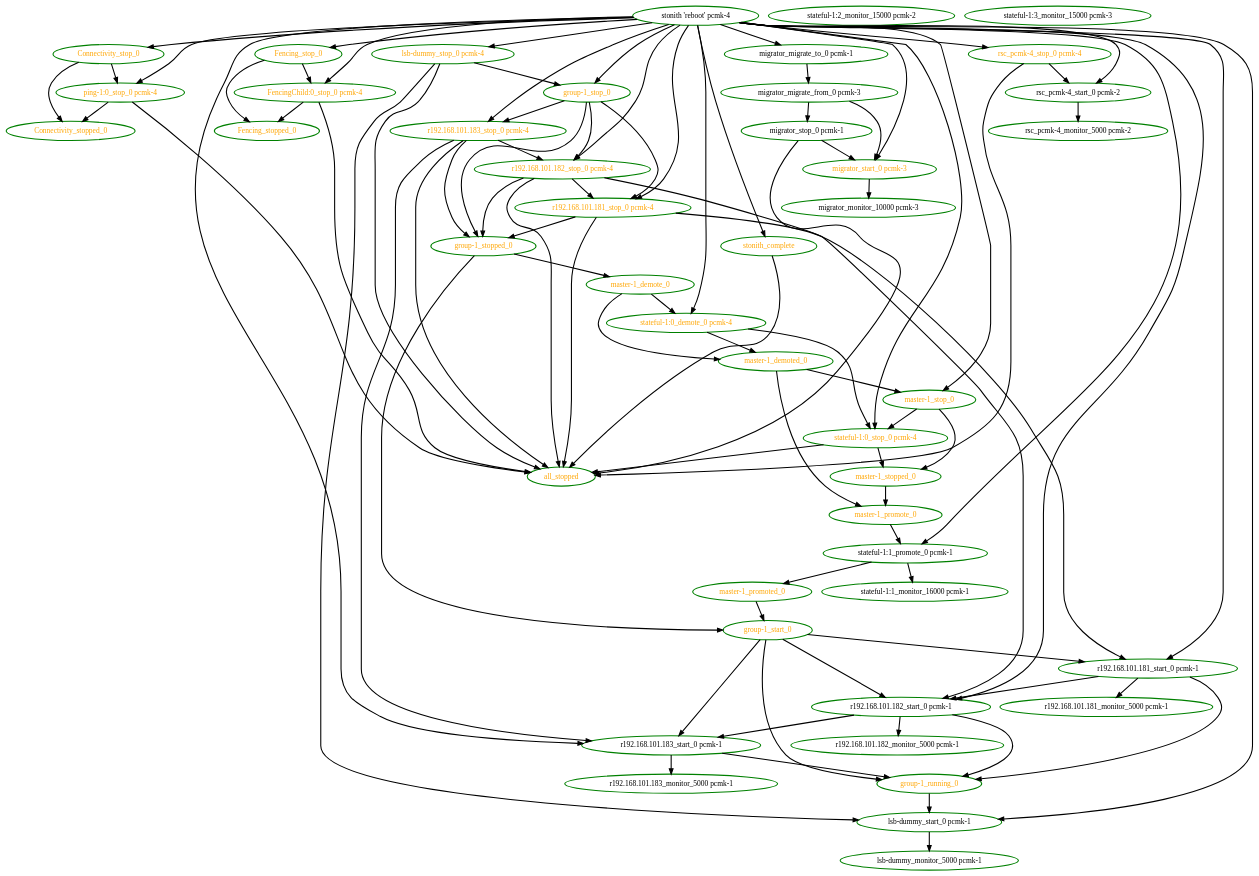
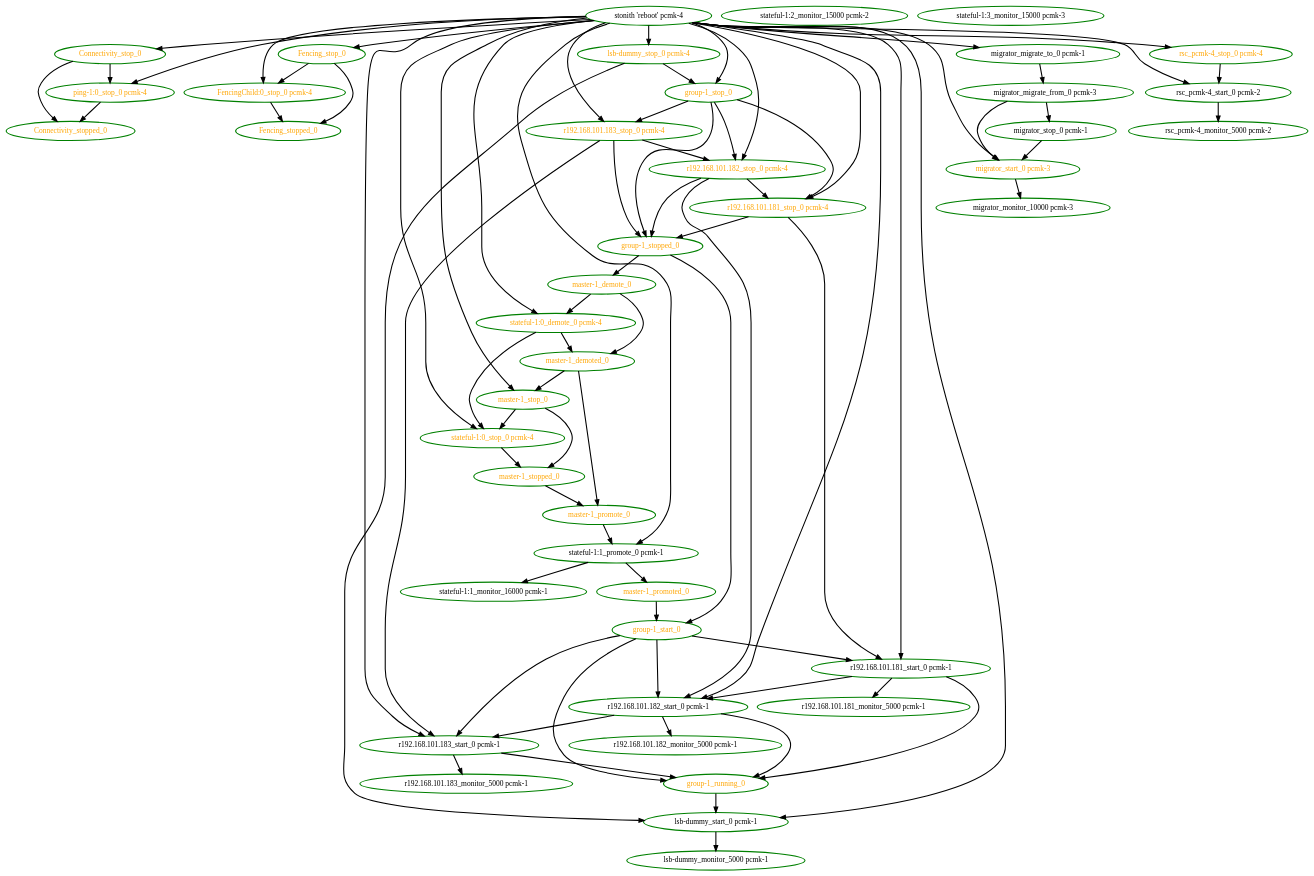
The diagram in pengine/test10/migrate-fencing.dot (ClusterLabs/pacemaker), drawn with Graphviz before and after one commit. The commit also changed 1421 other files, not shown here.

Commit message:
Test: scheduler: update tests for all_stopped/stonith_complete removal

```diff
--- a/pengine/test10/migrate-fencing.dot
+++ b/pengine/test10/migrate-fencing.dot
@@ -1,136 +1,123 @@
 digraph "g" {
 "Connectivity_stop_0" -> "Connectivity_stopped_0" [ style = bold]
 "Connectivity_stop_0" -> "ping-1:0_stop_0 pcmk-4" [ style = bold]
 "Connectivity_stop_0" [ style=bold color="green" fontcolor="orange" ]
 "Connectivity_stopped_0" [ style=bold color="green" fontcolor="orange" ]
 "FencingChild:0_stop_0 pcmk-4" -> "Fencing_stopped_0" [ style = bold]
-"FencingChild:0_stop_0 pcmk-4" -> "all_stopped" [ style = bold]
 "FencingChild:0_stop_0 pcmk-4" [ style=bold color="green" fontcolor="orange" ]
 "Fencing_stop_0" -> "FencingChild:0_stop_0 pcmk-4" [ style = bold]
 "Fencing_stop_0" -> "Fencing_stopped_0" [ style = bold]
 "Fencing_stop_0" [ style=bold color="green" fontcolor="orange" ]
 "Fencing_stopped_0" [ style=bold color="green" fontcolor="orange" ]
-"all_stopped" [ style=bold color="green" fontcolor="orange" ]
 "group-1_running_0" -> "lsb-dummy_start_0 pcmk-1" [ style = bold]
 "group-1_running_0" [ style=bold color="green" fontcolor="orange" ]
 "group-1_start_0" -> "group-1_running_0" [ style = bold]
 "group-1_start_0" -> "r192.168.101.181_start_0 pcmk-1" [ style = bold]
 "group-1_start_0" -> "r192.168.101.182_start_0 pcmk-1" [ style = bold]
 "group-1_start_0" -> "r192.168.101.183_start_0 pcmk-1" [ style = bold]
 "group-1_start_0" [ style=bold color="green" fontcolor="orange" ]
 "group-1_stop_0" -> "group-1_stopped_0" [ style = bold]
 "group-1_stop_0" -> "r192.168.101.181_stop_0 pcmk-4" [ style = bold]
 "group-1_stop_0" -> "r192.168.101.182_stop_0 pcmk-4" [ style = bold]
 "group-1_stop_0" -> "r192.168.101.183_stop_0 pcmk-4" [ style = bold]
 "group-1_stop_0" [ style=bold color="green" fontcolor="orange" ]
 "group-1_stopped_0" -> "group-1_start_0" [ style = bold]
 "group-1_stopped_0" -> "master-1_demote_0" [ style = bold]
 "group-1_stopped_0" [ style=bold color="green" fontcolor="orange" ]
 "lsb-dummy_monitor_5000 pcmk-1" [ style=bold color="green" fontcolor="black" ]
 "lsb-dummy_start_0 pcmk-1" -> "lsb-dummy_monitor_5000 pcmk-1" [ style = bold]
 "lsb-dummy_start_0 pcmk-1" [ style=bold color="green" fontcolor="black" ]
-"lsb-dummy_stop_0 pcmk-4" -> "all_stopped" [ style = bold]
 "lsb-dummy_stop_0 pcmk-4" -> "group-1_stop_0" [ style = bold]
 "lsb-dummy_stop_0 pcmk-4" -> "lsb-dummy_start_0 pcmk-1" [ style = bold]
 "lsb-dummy_stop_0 pcmk-4" [ style=bold color="green" fontcolor="orange" ]
 "master-1_demote_0" -> "master-1_demoted_0" [ style = bold]
 "master-1_demote_0" -> "stateful-1:0_demote_0 pcmk-4" [ style = bold]
 "master-1_demote_0" [ style=bold color="green" fontcolor="orange" ]
 "master-1_demoted_0" -> "master-1_promote_0" [ style = bold]
 "master-1_demoted_0" -> "master-1_stop_0" [ style = bold]
 "master-1_demoted_0" [ style=bold color="green" fontcolor="orange" ]
 "master-1_promote_0" -> "stateful-1:1_promote_0 pcmk-1" [ style = bold]
 "master-1_promote_0" [ style=bold color="green" fontcolor="orange" ]
 "master-1_promoted_0" -> "group-1_start_0" [ style = bold]
 "master-1_promoted_0" [ style=bold color="green" fontcolor="orange" ]
 "master-1_stop_0" -> "master-1_stopped_0" [ style = bold]
 "master-1_stop_0" -> "stateful-1:0_stop_0 pcmk-4" [ style = bold]
 "master-1_stop_0" [ style=bold color="green" fontcolor="orange" ]
 "master-1_stopped_0" -> "master-1_promote_0" [ style = bold]
 "master-1_stopped_0" [ style=bold color="green" fontcolor="orange" ]
 "migrator_migrate_from_0 pcmk-3" -> "migrator_start_0 pcmk-3" [ style = bold]
 "migrator_migrate_from_0 pcmk-3" -> "migrator_stop_0 pcmk-1" [ style = bold]
 "migrator_migrate_from_0 pcmk-3" [ style=bold color="green" fontcolor="black" ]
 "migrator_migrate_to_0 pcmk-1" -> "migrator_migrate_from_0 pcmk-3" [ style = bold]
 "migrator_migrate_to_0 pcmk-1" [ style=bold color="green" fontcolor="black" ]
 "migrator_monitor_10000 pcmk-3" [ style=bold color="green" fontcolor="black" ]
 "migrator_start_0 pcmk-3" -> "migrator_monitor_10000 pcmk-3" [ style = bold]
 "migrator_start_0 pcmk-3" [ style=bold color="green" fontcolor="orange" ]
-"migrator_stop_0 pcmk-1" -> "all_stopped" [ style = bold]
 "migrator_stop_0 pcmk-1" -> "migrator_start_0 pcmk-3" [ style = bold]
 "migrator_stop_0 pcmk-1" [ style=bold color="green" fontcolor="black" ]
 "ping-1:0_stop_0 pcmk-4" -> "Connectivity_stopped_0" [ style = bold]
-"ping-1:0_stop_0 pcmk-4" -> "all_stopped" [ style = bold]
 "ping-1:0_stop_0 pcmk-4" [ style=bold color="green" fontcolor="orange" ]
 "r192.168.101.181_monitor_5000 pcmk-1" [ style=bold color="green" fontcolor="black" ]
 "r192.168.101.181_start_0 pcmk-1" -> "group-1_running_0" [ style = bold]
 "r192.168.101.181_start_0 pcmk-1" -> "r192.168.101.181_monitor_5000 pcmk-1" [ style = bold]
 "r192.168.101.181_start_0 pcmk-1" -> "r192.168.101.182_start_0 pcmk-1" [ style = bold]
 "r192.168.101.181_start_0 pcmk-1" [ style=bold color="green" fontcolor="black" ]
-"r192.168.101.181_stop_0 pcmk-4" -> "all_stopped" [ style = bold]
 "r192.168.101.181_stop_0 pcmk-4" -> "group-1_stopped_0" [ style = bold]
 "r192.168.101.181_stop_0 pcmk-4" -> "r192.168.101.181_start_0 pcmk-1" [ style = bold]
 "r192.168.101.181_stop_0 pcmk-4" [ style=bold color="green" fontcolor="orange" ]
 "r192.168.101.182_monitor_5000 pcmk-1" [ style=bold color="green" fontcolor="black" ]
 "r192.168.101.182_start_0 pcmk-1" -> "group-1_running_0" [ style = bold]
 "r192.168.101.182_start_0 pcmk-1" -> "r192.168.101.182_monitor_5000 pcmk-1" [ style = bold]
 "r192.168.101.182_start_0 pcmk-1" -> "r192.168.101.183_start_0 pcmk-1" [ style = bold]
 "r192.168.101.182_start_0 pcmk-1" [ style=bold color="green" fontcolor="black" ]
-"r192.168.101.182_stop_0 pcmk-4" -> "all_stopped" [ style = bold]
 "r192.168.101.182_stop_0 pcmk-4" -> "group-1_stopped_0" [ style = bold]
 "r192.168.101.182_stop_0 pcmk-4" -> "r192.168.101.181_stop_0 pcmk-4" [ style = bold]
 "r192.168.101.182_stop_0 pcmk-4" -> "r192.168.101.182_start_0 pcmk-1" [ style = bold]
 "r192.168.101.182_stop_0 pcmk-4" [ style=bold color="green" fontcolor="orange" ]
 "r192.168.101.183_monitor_5000 pcmk-1" [ style=bold color="green" fontcolor="black" ]
 "r192.168.101.183_start_0 pcmk-1" -> "group-1_running_0" [ style = bold]
 "r192.168.101.183_start_0 pcmk-1" -> "r192.168.101.183_monitor_5000 pcmk-1" [ style = bold]
 "r192.168.101.183_start_0 pcmk-1" [ style=bold color="green" fontcolor="black" ]
-"r192.168.101.183_stop_0 pcmk-4" -> "all_stopped" [ style = bold]
 "r192.168.101.183_stop_0 pcmk-4" -> "group-1_stopped_0" [ style = bold]
 "r192.168.101.183_stop_0 pcmk-4" -> "r192.168.101.182_stop_0 pcmk-4" [ style = bold]
 "r192.168.101.183_stop_0 pcmk-4" -> "r192.168.101.183_start_0 pcmk-1" [ style = bold]
 "r192.168.101.183_stop_0 pcmk-4" [ style=bold color="green" fontcolor="orange" ]
 "rsc_pcmk-4_monitor_5000 pcmk-2" [ style=bold color="green" fontcolor="black" ]
 "rsc_pcmk-4_start_0 pcmk-2" -> "rsc_pcmk-4_monitor_5000 pcmk-2" [ style = bold]
 "rsc_pcmk-4_start_0 pcmk-2" [ style=bold color="green" fontcolor="black" ]
-"rsc_pcmk-4_stop_0 pcmk-4" -> "all_stopped" [ style = bold]
 "rsc_pcmk-4_stop_0 pcmk-4" -> "rsc_pcmk-4_start_0 pcmk-2" [ style = bold]
 "rsc_pcmk-4_stop_0 pcmk-4" [ style=bold color="green" fontcolor="orange" ]
 "stateful-1:0_demote_0 pcmk-4" -> "master-1_demoted_0" [ style = bold]
 "stateful-1:0_demote_0 pcmk-4" -> "stateful-1:0_stop_0 pcmk-4" [ style = bold]
 "stateful-1:0_demote_0 pcmk-4" [ style=bold color="green" fontcolor="orange"]
-"stateful-1:0_stop_0 pcmk-4" -> "all_stopped" [ style = bold]
 "stateful-1:0_stop_0 pcmk-4" -> "master-1_stopped_0" [ style = bold]
 "stateful-1:0_stop_0 pcmk-4" [ style=bold color="green" fontcolor="orange" ]
 "stateful-1:1_monitor_16000 pcmk-1" [ style=bold color="green" fontcolor="black" ]
 "stateful-1:1_promote_0 pcmk-1" -> "master-1_promoted_0" [ style = bold]
 "stateful-1:1_promote_0 pcmk-1" -> "stateful-1:1_monitor_16000 pcmk-1" [ style = bold]
 "stateful-1:1_promote_0 pcmk-1" [ style=bold color="green" fontcolor="black" ]
 "stateful-1:2_monitor_15000 pcmk-2" [ style=bold color="green" fontcolor="black" ]
 "stateful-1:3_monitor_15000 pcmk-3" [ style=bold color="green" fontcolor="black" ]
 "stonith 'reboot' pcmk-4" -> "Connectivity_stop_0" [ style = bold]
 "stonith 'reboot' pcmk-4" -> "FencingChild:0_stop_0 pcmk-4" [ style = bold]
 "stonith 'reboot' pcmk-4" -> "Fencing_stop_0" [ style = bold]
 "stonith 'reboot' pcmk-4" -> "group-1_stop_0" [ style = bold]
 "stonith 'reboot' pcmk-4" -> "lsb-dummy_start_0 pcmk-1" [ style = bold]
 "stonith 'reboot' pcmk-4" -> "lsb-dummy_stop_0 pcmk-4" [ style = bold]
 "stonith 'reboot' pcmk-4" -> "master-1_stop_0" [ style = bold]
 "stonith 'reboot' pcmk-4" -> "migrator_migrate_to_0 pcmk-1" [ style = bold]
 "stonith 'reboot' pcmk-4" -> "migrator_start_0 pcmk-3" [ style = bold]
 "stonith 'reboot' pcmk-4" -> "ping-1:0_stop_0 pcmk-4" [ style = bold]
 "stonith 'reboot' pcmk-4" -> "r192.168.101.181_start_0 pcmk-1" [ style = bold]
 "stonith 'reboot' pcmk-4" -> "r192.168.101.181_stop_0 pcmk-4" [ style = bold]
 "stonith 'reboot' pcmk-4" -> "r192.168.101.182_start_0 pcmk-1" [ style = bold]
 "stonith 'reboot' pcmk-4" -> "r192.168.101.182_stop_0 pcmk-4" [ style = bold]
 "stonith 'reboot' pcmk-4" -> "r192.168.101.183_start_0 pcmk-1" [ style = bold]
 "stonith 'reboot' pcmk-4" -> "r192.168.101.183_stop_0 pcmk-4" [ style = bold]
 "stonith 'reboot' pcmk-4" -> "rsc_pcmk-4_start_0 pcmk-2" [ style = bold]
 "stonith 'reboot' pcmk-4" -> "rsc_pcmk-4_stop_0 pcmk-4" [ style = bold]
 "stonith 'reboot' pcmk-4" -> "stateful-1:0_demote_0 pcmk-4" [ style = bold]
 "stonith 'reboot' pcmk-4" -> "stateful-1:0_stop_0 pcmk-4" [ style = bold]
 "stonith 'reboot' pcmk-4" -> "stateful-1:1_promote_0 pcmk-1" [ style = bold]
-"stonith 'reboot' pcmk-4" -> "stonith_complete" [ style = bold]
 "stonith 'reboot' pcmk-4" [ style=bold color="green" fontcolor="black"]
-"stonith_complete" -> "all_stopped" [ style = bold]
-"stonith_complete" [ style=bold color="green" fontcolor="orange" ]
 }
```
